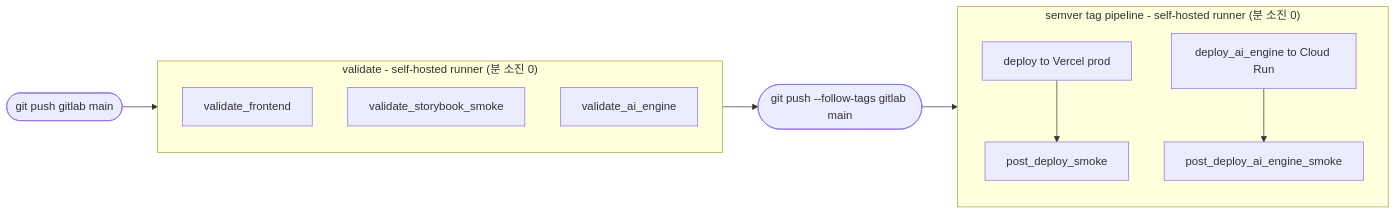
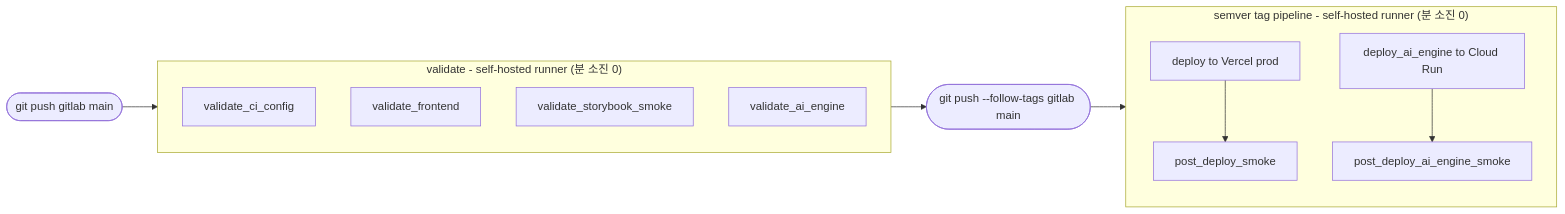
One commit to skyasu2/openmanager-ai changed the diagram in docs/development/ci-cd.md. Above: the diagram before and after it, drawn with Mermaid. The commit also changed other lines of this file and 1 other file, not shown here.

Commit message:
ci: lighten config-only validation

````diff
--- a/docs/development/ci-cd.md
+++ b/docs/development/ci-cd.md
@@ -25,22 +25,23 @@
 ```mermaid
 flowchart LR
     mainpush([git push gitlab main]) --> validate
     release([git push --follow-tags gitlab main]) --> tagpipeline
 
     subgraph validate["validate - self-hosted runner (분 소진 0)"]
+        vci[validate_ci_config]
         vfe[validate_frontend]
         vsb[validate_storybook_smoke]
         vai[validate_ai_engine]
     end
 
     subgraph tagpipeline["semver tag pipeline - self-hosted runner (분 소진 0)"]
         dep[deploy to Vercel prod]
         dai[deploy_ai_engine to Cloud Run]
         smkfe[post_deploy_smoke]
         smkai[post_deploy_ai_engine_smoke]
     end
 
     validate --> release
     dep --> smkfe
     dai --> smkai
 ```
````
